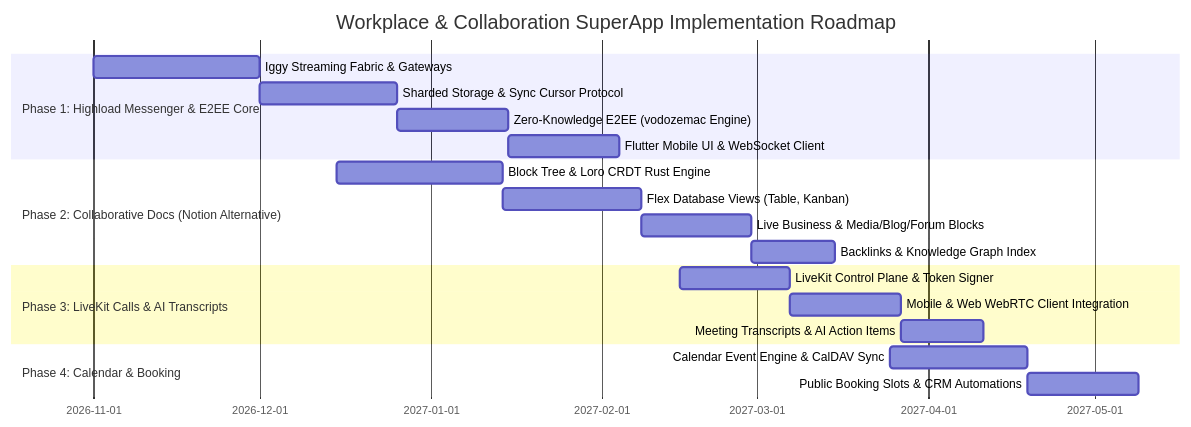
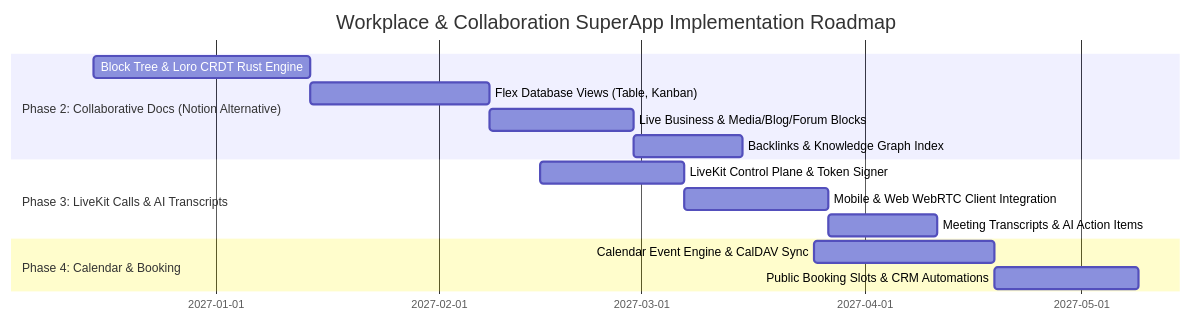
One commit to RusTokRs/RusTok changed the diagram in docs/architecture/workplace-collaboration-superapp-plan.md. Above: the diagram before and after it, drawn with Mermaid. The commit also changed other lines of this file and 28 other files, not shown here.

````diff
--- a/docs/architecture/workplace-collaboration-superapp-plan.md
+++ b/docs/architecture/workplace-collaboration-superapp-plan.md
@@ -416,25 +387,20 @@
 ```mermaid
 gantt
     title Workplace & Collaboration SuperApp Implementation Roadmap
     dateFormat  YYYY-MM-DD
-    section Phase 1: Highload Messenger & E2EE Core
-    Iggy Streaming Fabric & Gateways      :p1_1, 2026-11-01, 30d
-    Sharded Storage & Sync Cursor Protocol :p1_2, after p1_1, 25d
-    Zero-Knowledge E2EE (vodozemac Engine) :p1_3, after p1_2, 20d
-    Flutter Mobile UI & WebSocket Client   :p1_4, after p1_3, 20d
 
     section Phase 2: Collaborative Docs (Notion Alternative)
     Block Tree & Loro CRDT Rust Engine     :p2_1, 2026-12-15, 30d
     Flex Database Views (Table, Kanban)    :p2_2, after p2_1, 25d
     Live Business & Media/Blog/Forum Blocks:p2_3, after p2_2, 20d
     Backlinks & Knowledge Graph Index      :p2_4, after p2_3, 15d
 
     section Phase 3: LiveKit Calls & AI Transcripts
     LiveKit Control Plane & Token Signer   :p3_1, 2027-02-15, 20d
     Mobile & Web WebRTC Client Integration :p3_2, after p3_1, 20d
     Meeting Transcripts & AI Action Items  :p3_3, after p3_2, 15d
 
     section Phase 4: Calendar & Booking
     Calendar Event Engine & CalDAV Sync    :p4_1, 2027-03-25, 25d
     Public Booking Slots & CRM Automations :p4_2, after p4_1, 20d
 ```
````
